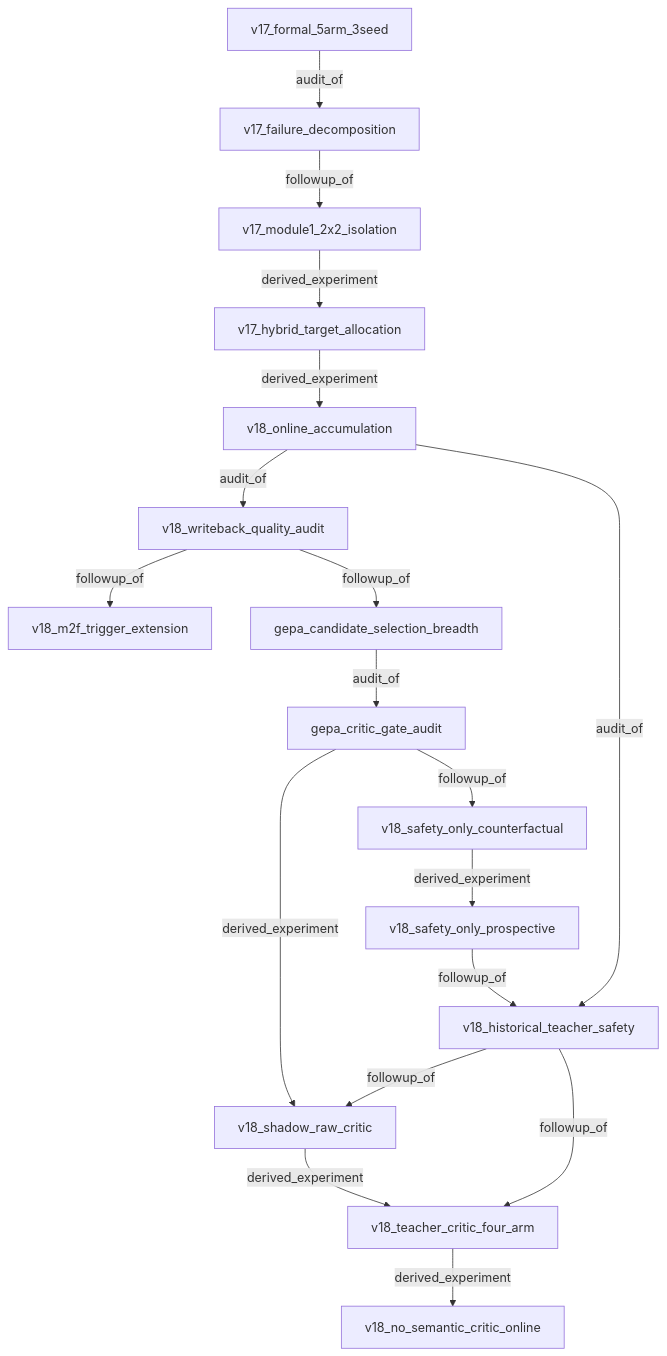
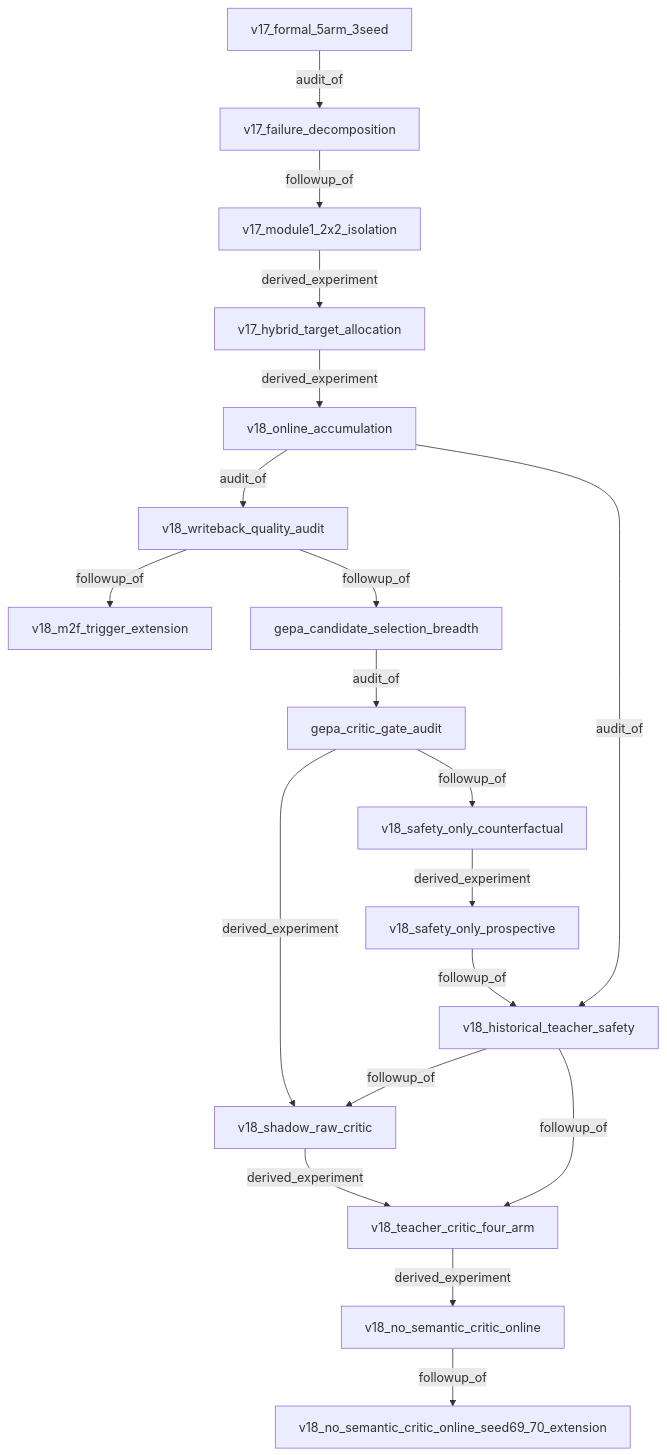
Before and after one commit to mmmmyyyxx/multi_agent_diversity: the diagram in docs/experiments/LINEAGE.md, drawn with Mermaid. The commit also changed other lines of this file and 25 other files, not shown here.

Commit message:
Extend no-semantic-Critic online evaluation to Seeds69 and 70

````diff
--- a/docs/experiments/LINEAGE.md
+++ b/docs/experiments/LINEAGE.md
@@ -5,20 +5,21 @@
 ```mermaid
 graph TD
   v17_formal_5arm_3seed["v17_formal_5arm_3seed"] -->|audit_of| v17_failure_decomposition["v17_failure_decomposition"]
   v17_failure_decomposition["v17_failure_decomposition"] -->|followup_of| v17_module1_2x2_isolation["v17_module1_2x2_isolation"]
   v17_module1_2x2_isolation["v17_module1_2x2_isolation"] -->|derived_experiment| v17_hybrid_target_allocation["v17_hybrid_target_allocation"]
   v17_hybrid_target_allocation["v17_hybrid_target_allocation"] -->|derived_experiment| v18_online_accumulation["v18_online_accumulation"]
   v18_online_accumulation["v18_online_accumulation"] -->|audit_of| v18_writeback_quality_audit["v18_writeback_quality_audit"]
   v18_writeback_quality_audit["v18_writeback_quality_audit"] -->|followup_of| v18_m2f_trigger_extension["v18_m2f_trigger_extension"]
   v18_writeback_quality_audit["v18_writeback_quality_audit"] -->|followup_of| gepa_candidate_selection_breadth["gepa_candidate_selection_breadth"]
   gepa_candidate_selection_breadth["gepa_candidate_selection_breadth"] -->|audit_of| gepa_critic_gate_audit["gepa_critic_gate_audit"]
   gepa_critic_gate_audit["gepa_critic_gate_audit"] -->|followup_of| v18_safety_only_counterfactual["v18_safety_only_counterfactual"]
   v18_safety_only_counterfactual["v18_safety_only_counterfactual"] -->|derived_experiment| v18_safety_only_prospective["v18_safety_only_prospective"]
   v18_safety_only_prospective["v18_safety_only_prospective"] -->|followup_of| v18_historical_teacher_safety["v18_historical_teacher_safety"]
   v18_online_accumulation["v18_online_accumulation"] -->|audit_of| v18_historical_teacher_safety["v18_historical_teacher_safety"]
   gepa_critic_gate_audit["gepa_critic_gate_audit"] -->|derived_experiment| v18_shadow_raw_critic["v18_shadow_raw_critic"]
   v18_historical_teacher_safety["v18_historical_teacher_safety"] -->|followup_of| v18_shadow_raw_critic["v18_shadow_raw_critic"]
   v18_shadow_raw_critic["v18_shadow_raw_critic"] -->|derived_experiment| v18_teacher_critic_four_arm["v18_teacher_critic_four_arm"]
   v18_historical_teacher_safety["v18_historical_teacher_safety"] -->|followup_of| v18_teacher_critic_four_arm["v18_teacher_critic_four_arm"]
   v18_teacher_critic_four_arm["v18_teacher_critic_four_arm"] -->|derived_experiment| v18_no_semantic_critic_online["v18_no_semantic_critic_online"]
+  v18_no_semantic_critic_online["v18_no_semantic_critic_online"] -->|followup_of| v18_no_semantic_critic_online_seed69_70_extension["v18_no_semantic_critic_online_seed69_70_extension"]
 ```
````
